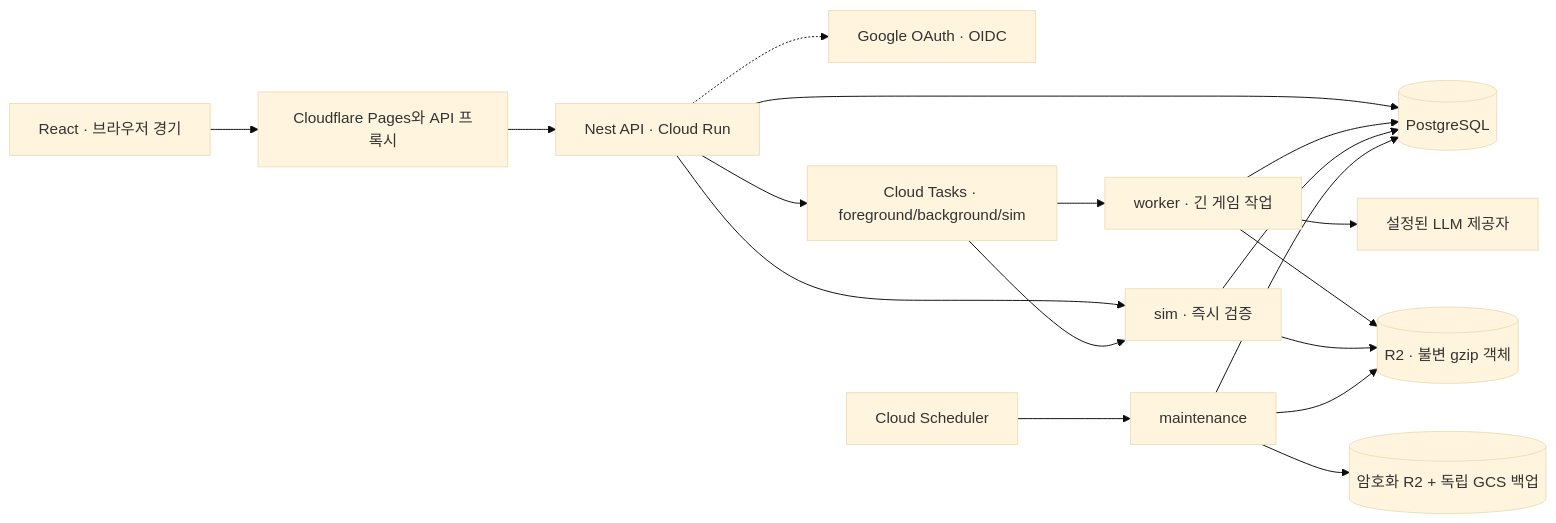
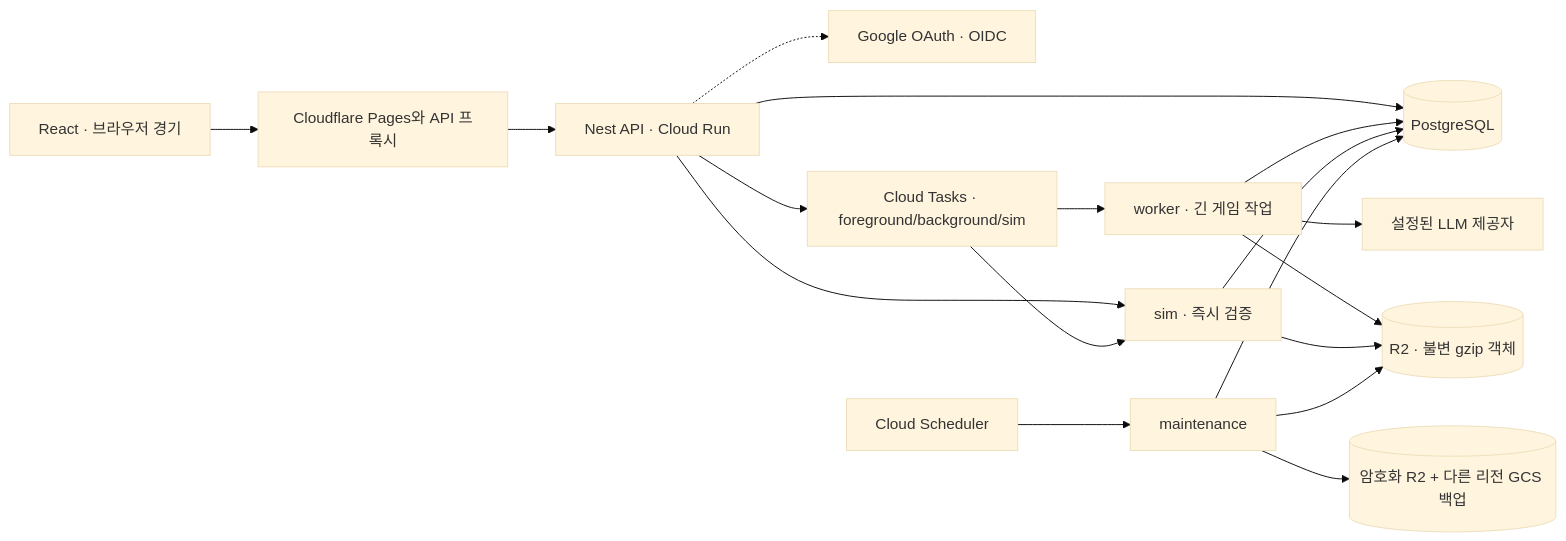
One commit to dhoonjang/gaffer changed the diagram in docs/deployment/README.md. Above: the diagram before and after it, drawn with Mermaid (base theme). The commit also changed other lines of this file and 1 other file, not shown here.

First line of the commit message:
chore(infra): 운영 단일 환경 — Terraform state를 GCS backend에, 백업 GCS는 같은 프로젝트의 다른 리전

````diff
--- a/docs/deployment/README.md
+++ b/docs/deployment/README.md
@@ -10,20 +10,20 @@
 ```mermaid
 flowchart LR
   B[React · 브라우저 경기] --> P[Cloudflare Pages와 API 프록시]
   P --> A[Nest API · Cloud Run]
   A -.-> G[Google OAuth · OIDC]
   A --> D[(PostgreSQL)]
   A --> Q[Cloud Tasks · foreground/background/sim]
   A --> S[sim · 즉시 검증]
   Q --> W[worker · 긴 게임 작업]
   Q --> S
   W --> L[설정된 LLM 제공자]
   W --> D
   W --> R[(R2 · 불변 gzip 객체)]
   S --> D
   S --> R
   C[Cloud Scheduler] --> M[maintenance]
   M --> D
   M --> R
-  M --> BK[(암호화 R2 + 독립 GCS 백업)]
+  M --> BK[(암호화 R2 + 다른 리전 GCS 백업)]
 ```
````
